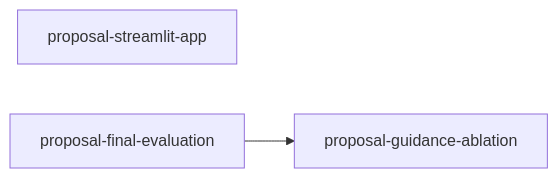
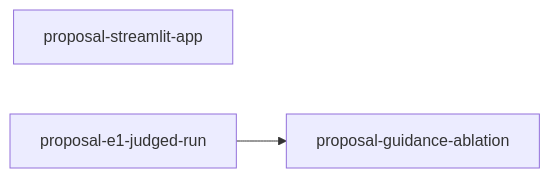
One commit to joe-dartmouth/synthetic changed the diagram in tasks/proposal-index.md. Above: the diagram before and after it, drawn with Mermaid. The commit also changed other lines of this file and 48 other files, not shown here.

First line of the commit message:
Add the BKO arms to E1 and replay paid runs (proposal-final-evaluation) (#19)

````diff
--- a/tasks/proposal-index.md
+++ b/tasks/proposal-index.md
@@ -17,5 +17,5 @@
 ```mermaid
 flowchart LR
     streamlit_app[proposal-streamlit-app]
-    final_evaluation[proposal-final-evaluation] --> guidance_ablation[proposal-guidance-ablation]
+    e1_judged_run[proposal-e1-judged-run] --> guidance_ablation[proposal-guidance-ablation]
 ```
````
